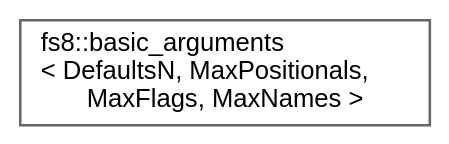
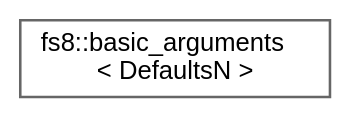
The diagram in api/inherit_graph_12.dot (the-moisrex/foresight), drawn with Graphviz before and after one commit. The commit also changed 306 other files, not shown here.

```diff
--- a/api/inherit_graph_12.dot
+++ b/api/inherit_graph_12.dot
@@ -1,9 +1,9 @@
 digraph "Graphical Class Hierarchy"
 {
  // LATEX_PDF_SIZE
   bgcolor="transparent";
   edge [fontname=Helvetica,fontsize=10,labelfontname=Helvetica,labelfontsize=10];
   node [fontname=Helvetica,fontsize=10,shape=box,height=0.2,width=0.4];
   rankdir="LR";
-  Node0 [id="Node000000",label="fs8::basic_arguments\l\< DefaultsN, MaxPositionals,\l MaxFlags, MaxNames \>",height=0.2,width=0.4,color="grey40", fillcolor="white", style="filled",URL="$structfs8_1_1basic__arguments.html",tooltip=" "];
+  Node0 [id="Node000000",label="fs8::basic_arguments\l\< DefaultsN \>",height=0.2,width=0.4,color="grey40", fillcolor="white", style="filled",URL="$structfs8_1_1basic__arguments.html",tooltip=" "];
 }
```
